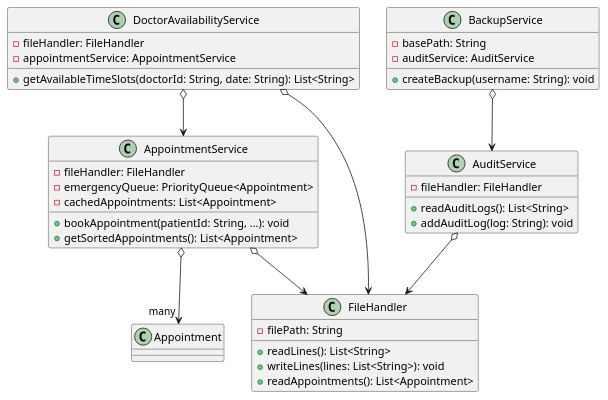
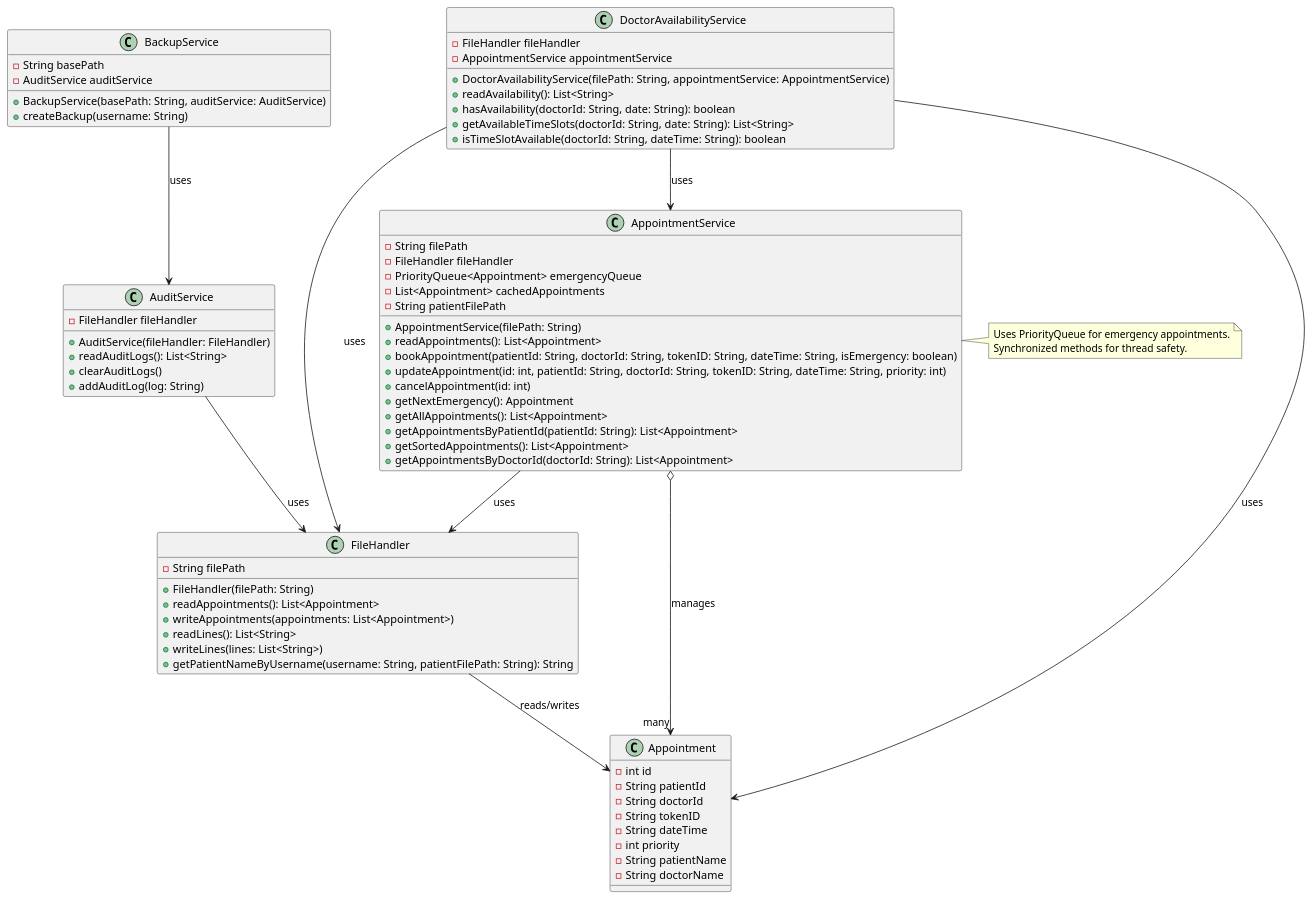
Before and after one commit to HasithaErandika/MedicalAppoinmtentSystem: the second of 3 diagrams in docs/OOP.md, drawn with PlantUML. The commit also changed other lines of this file, not shown here.

Commit message:
OOP Concepts UML diagrams updated

````diff
--- a/docs/OOP.md
+++ b/docs/OOP.md
@@ -96,43 +140,88 @@
 ```plantuml
 @startuml
+' Model Classes (Referenced)
+class Appointment {
+  -int id
+  -String patientId
+  -String doctorId
+  -String tokenID
+  -String dateTime
+  -int priority
+  -String patientName
+  -String doctorName
+}
+
+' Service Classes
+class FileHandler {
+  -String filePath
+  +FileHandler(filePath: String)
+  +readAppointments(): List<Appointment>
+  +writeAppointments(appointments: List<Appointment>)
+  +readLines(): List<String>
+  +writeLines(lines: List<String>)
+  +getPatientNameByUsername(username: String, patientFilePath: String): String
+}
+
 class AuditService {
-  -fileHandler: FileHandler
+  -FileHandler fileHandler
+  +AuditService(fileHandler: FileHandler)
   +readAuditLogs(): List<String>
-  +addAuditLog(log: String): void
+  +clearAuditLogs()
+  +addAuditLog(log: String)
+}
+
+class BackupService {
+  -String basePath
+  -AuditService auditService
+  +BackupService(basePath: String, auditService: AuditService)
+  +createBackup(username: String)
+}
+
+class DoctorAvailabilityService {
+  -FileHandler fileHandler
+  -AppointmentService appointmentService
+  +DoctorAvailabilityService(filePath: String, appointmentService: AppointmentService)
+  +readAvailability(): List<String>
+  +hasAvailability(doctorId: String, date: String): boolean
+  +getAvailableTimeSlots(doctorId: String, date: String): List<String>
+  +isTimeSlotAvailable(doctorId: String, dateTime: String): boolean
 }
 
 class AppointmentService {
-  -fileHandler: FileHandler
-  - emergencyQueue: PriorityQueue<Appointment>
-  -cachedAppointments: List<Appointment>
-  +bookAppointment(patientId: String, ...): void
+  -String filePath
+  -FileHandler fileHandler
+  -PriorityQueue<Appointment> emergencyQueue
+  -List<Appointment> cachedAppointments
+  -String patientFilePath
+  +AppointmentService(filePath: String)
+  +readAppointments(): List<Appointment>
+  +bookAppointment(patientId: String, doctorId: String, tokenID: String, dateTime: String, isEmergency: boolean)
+  +updateAppointment(id: int, patientId: String, doctorId: String, tokenID: String, dateTime: String, priority: int)
+  +cancelAppointment(id: int)
+  +getNextEmergency(): Appointment
+  +getAllAppointments(): List<Appointment>
+  +getAppointmentsByPatientId(patientId: String): List<Appointment>
   +getSortedAppointments(): List<Appointment>
+  +getAppointmentsByDoctorId(doctorId: String): List<Appointment>
 }
 
-class BackupService {
-  -basePath: String
-  -auditService: AuditService
-  +createBackup(username: String): void
-}
+' Service-Model Relationships
+AppointmentService o--> "many" Appointment : manages
+DoctorAvailabilityService --> Appointment : uses
+FileHandler --> Appointment : reads/writes
 
-class DoctorAvailabilityService {
-  -fileHandler: FileHandler
-  -appointmentService: AppointmentService
-  +getAvailableTimeSlots(doctorId: String, date: String): List<String>
-}
+' Service-Service Relationships
+AppointmentService --> FileHandler : uses
+DoctorAvailabilityService --> FileHandler : uses
+DoctorAvailabilityService --> AppointmentService : uses
+BackupService --> AuditService : uses
+AuditService --> FileHandler : uses
 
-class FileHandler {
-  -filePath: String
-  +readLines(): List<String>
-  +writeLines(lines: List<String>): void
-  +readAppointments(): List<Appointment>
-}
+' Notes
+note right of AppointmentService
+  Uses PriorityQueue for emergency appointments.
+  Synchronized methods for thread safety.
+end note
 
-AuditService o--> FileHandler
-AppointmentService o--> FileHandler
-AppointmentService o--> "many" Appointment
-BackupService o--> AuditService
-DoctorAvailabilityService o--> FileHandler
-DoctorAvailabilityService o--> AppointmentService
 @enduml
 ```
````
